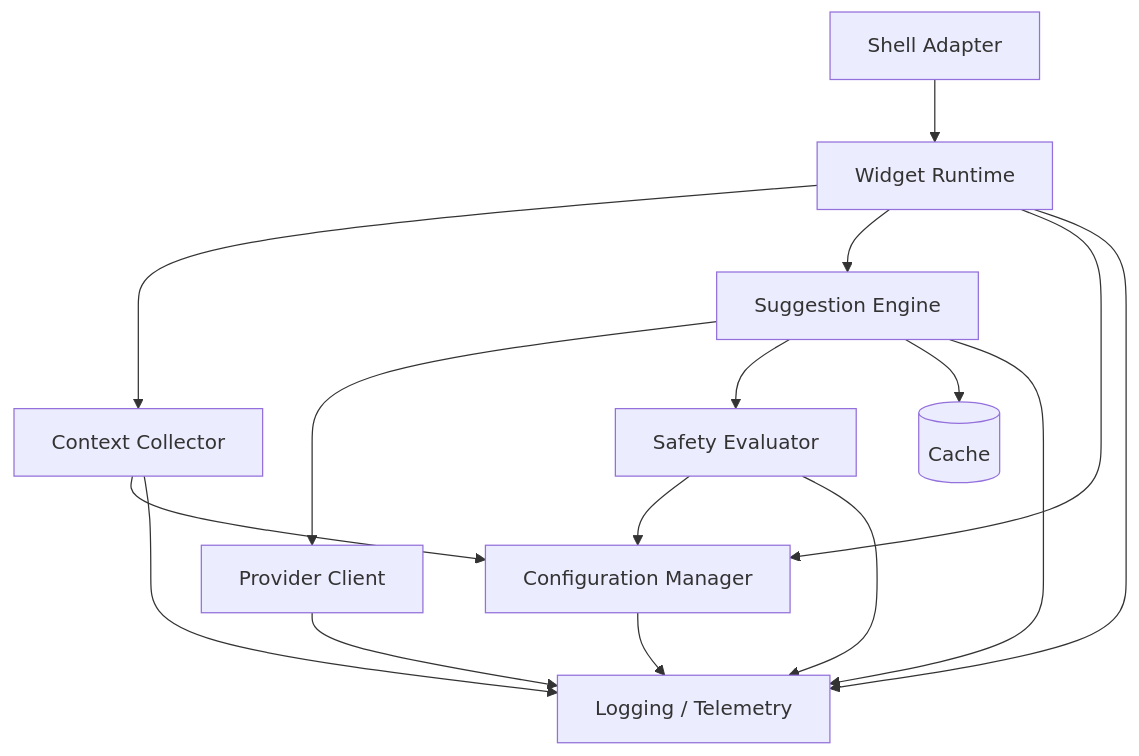
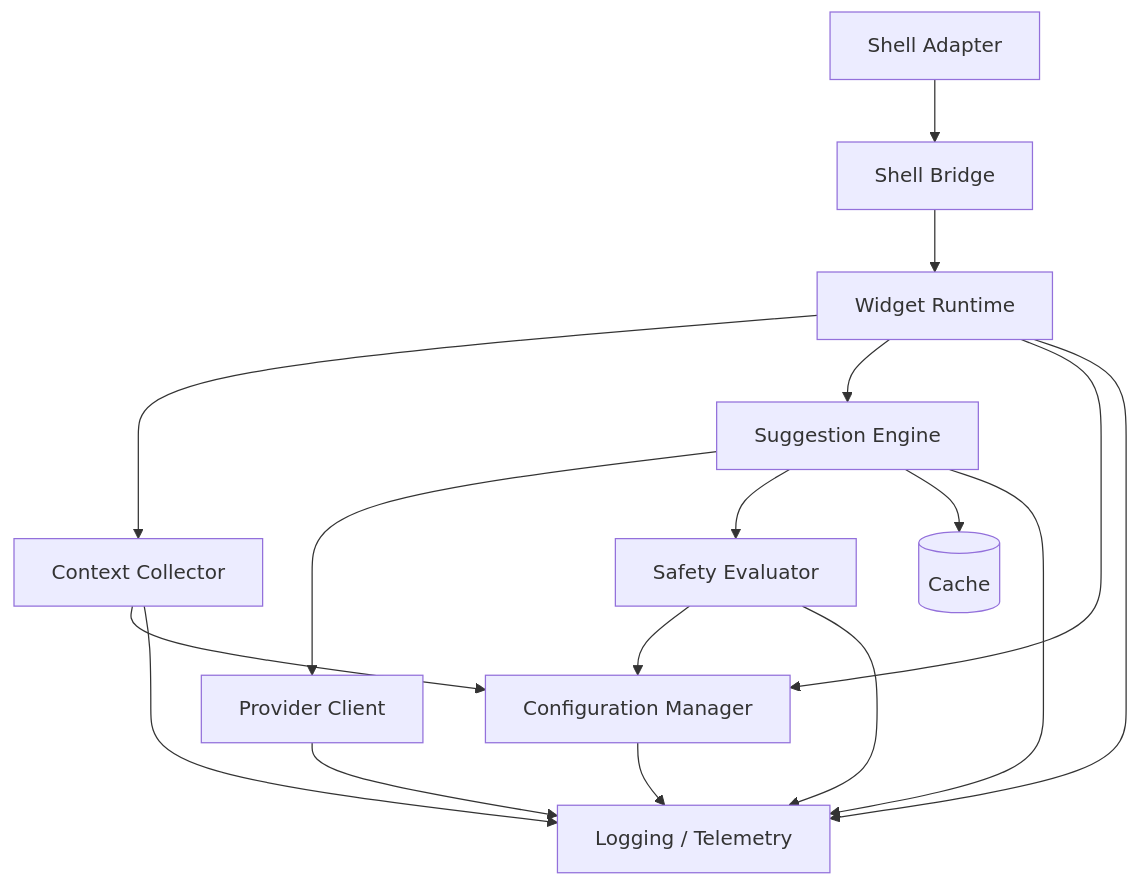
Before and after one commit to KritR/munch: the second of 6 diagrams in docs/architecture.md, drawn with Mermaid. The commit also changed other lines of this file and 4 other files, not shown here.

````diff
--- a/docs/architecture.md
+++ b/docs/architecture.md
@@ -96,32 +97,34 @@
 ```mermaid
 flowchart TD
     Shell[Shell Adapter]
+    Bridge[Shell Bridge]
     Runtime[Widget Runtime]
     Context[Context Collector]
     Suggest[Suggestion Engine]
     Safety[Safety Evaluator]
     Provider[Provider Client]
     Config[Configuration Manager]
     Telemetry[Logging / Telemetry]
     Cache[(Cache)]
 
-    Shell --> Runtime
+    Shell --> Bridge
+    Bridge --> Runtime
     Runtime --> Context
     Runtime --> Suggest
     Runtime --> Config
     Runtime --> Telemetry
 
     Suggest --> Provider
     Suggest --> Safety
     Suggest --> Cache
     Suggest --> Telemetry
 
     Context --> Config
     Context --> Telemetry
 
     Safety --> Config
     Safety --> Telemetry
 
     Provider --> Telemetry
     Config --> Telemetry
 ```
````
